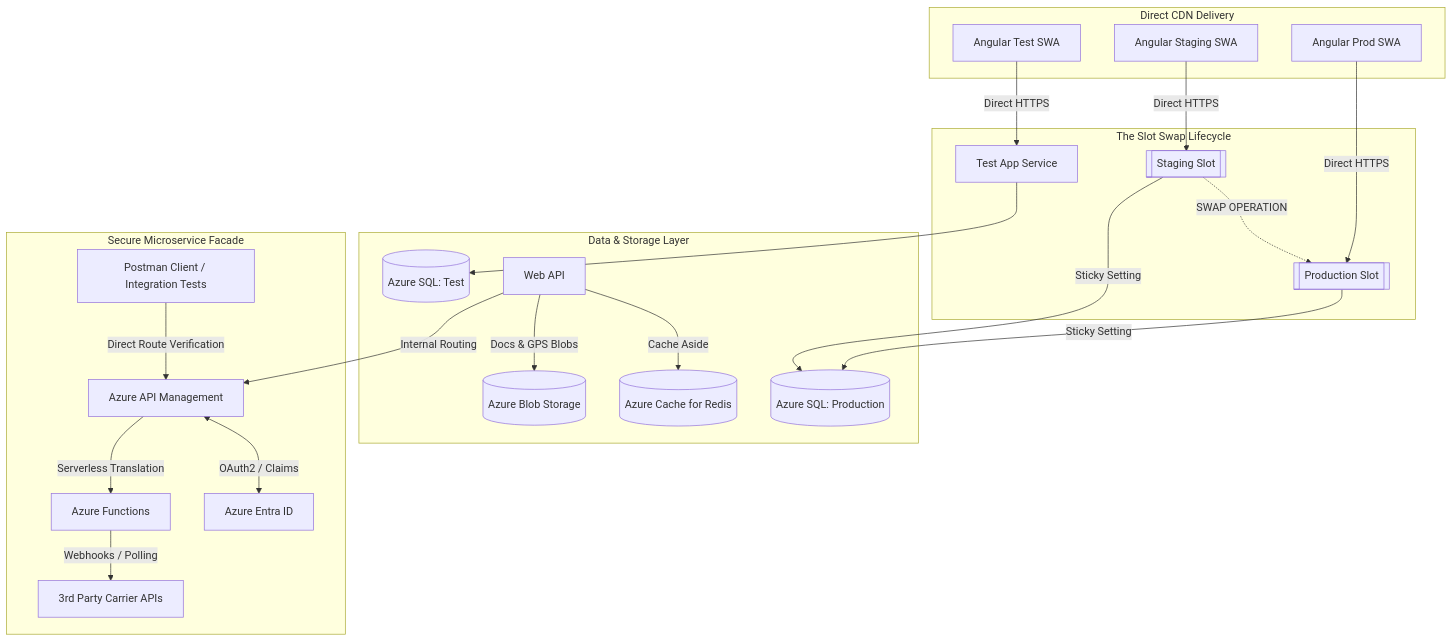
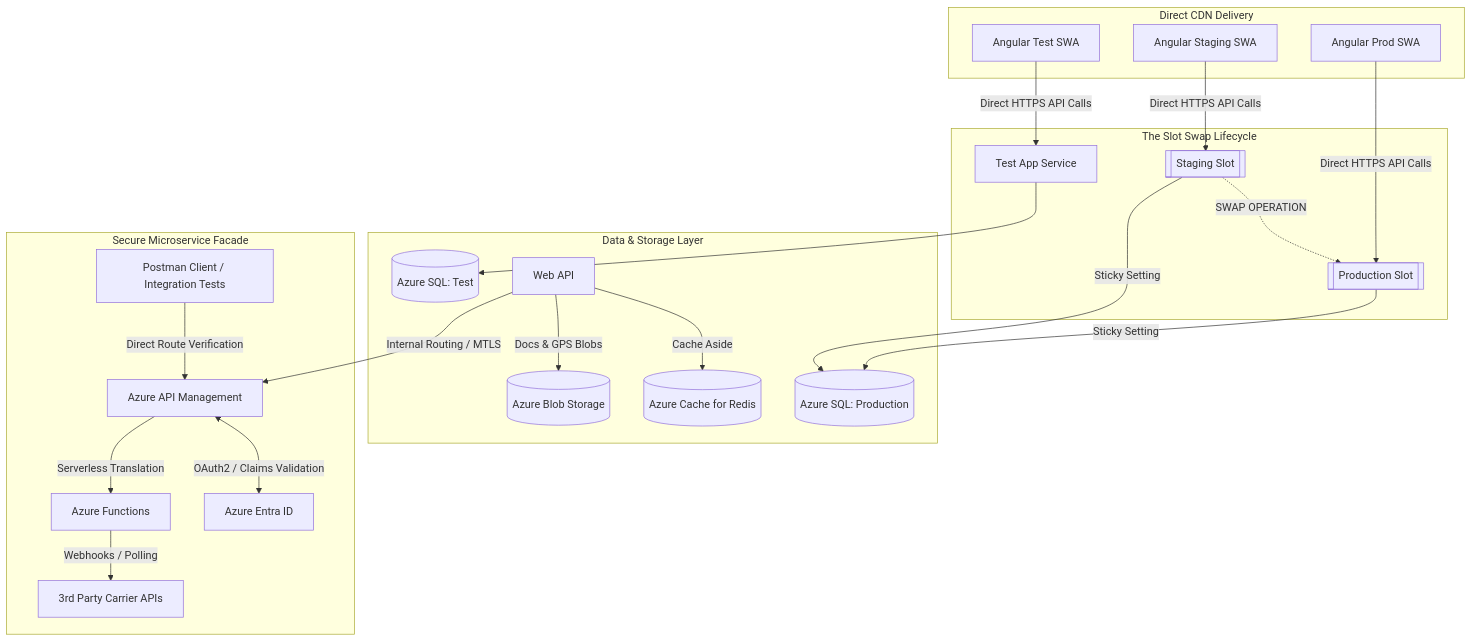
Before and after one commit to acforbes/freight-logistics-architecture: the first of 2 diagrams in README.md, drawn with Mermaid. The commit also changed other lines of this file and 2 other files, not shown here.

Commit message:
docs: add MSAL UI-API security and database tuning

````diff
--- a/README.md
+++ b/README.md
@@ -16,32 +18,32 @@
 ```mermaid
 graph TD
     subgraph Frontend Layer [Direct CDN Delivery]
         SWA_Test[Angular Test SWA]
         SWA_Stag[Angular Staging SWA]
         SWA_Prod[Angular Prod SWA]
     end
 
     subgraph Backend App Service Plan [The Slot Swap Lifecycle]
-        SWA_Test -->|Direct HTTPS| API_Test[Test App Service]
-        SWA_Stag -->|Direct HTTPS| Slot_Stag[[Staging Slot]]
-        SWA_Prod -->|Direct HTTPS| Slot_Prod[[Production Slot]]
+        SWA_Test -->|Direct HTTPS API Calls| API_Test[Test App Service]
+        SWA_Stag -->|Direct HTTPS API Calls| Slot_Stag[[Staging Slot]]
+        SWA_Prod -->|Direct HTTPS API Calls| Slot_Prod[[Production Slot]]
         
         Slot_Stag -.->|SWAP OPERATION| Slot_Prod
     end
 
     subgraph Data & Storage Layer
         API_Test --> DB_Test[(Azure SQL: Test)]
         Slot_Stag -->|Sticky Setting| DB_Prod[(Azure SQL: Production)]
         Slot_Prod -->|Sticky Setting| DB_Prod
         AppService -->|Cache Aside| Redis[(Azure Cache for Redis)]
         AppService -->|Docs & GPS Blobs| Blob[(Azure Blob Storage)]
     end
 
     subgraph Secure Microservice Facade
-        AppService[Web API] -->|Internal Routing| APIM[Azure API Management]
+        AppService[Web API] -->|Internal Routing / MTLS| APIM[Azure API Management]
         PM[Postman Client / Integration Tests] -->|Direct Route Verification| APIM
-        APIM <-->|OAuth2 / Claims| Entra[Azure Entra ID]
+        APIM <-->|OAuth2 / Claims Validation| Entra[Azure Entra ID]
         APIM -->|Serverless Translation| AzFunc[Azure Functions]
         AzFunc -->|Webhooks / Polling| External[3rd Party Carrier APIs]
     end
 ```
````
